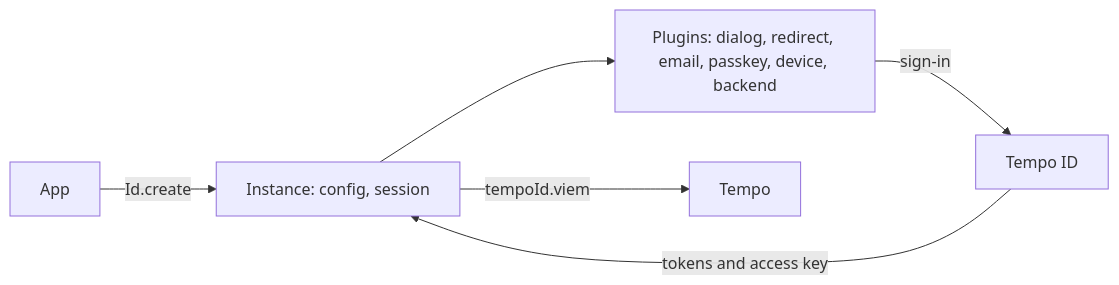
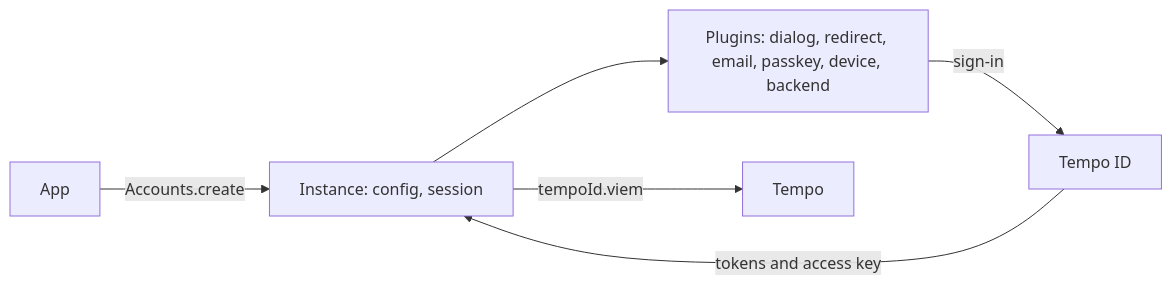
The diagram in docs/README.md (tempoxyz/accounts), drawn with Mermaid before and after one commit. The commit also changed other lines of this file and 144 other files, not shown here.

````diff
--- a/docs/README.md
+++ b/docs/README.md
@@ -5,8 +5,8 @@
 ```mermaid
 flowchart LR
-  App[App] -->|Id.create| Instance[Instance: config, session]
+  App[App] -->|Accounts.create| Instance[Instance: config, session]
   Instance --> Plugins[Plugins: dialog, redirect, email, passkey, device, backend]
   Plugins -->|sign-in| ID[Tempo ID]
   ID -->|tokens and access key| Instance
   Instance -->|tempoId.viem| Chain[Tempo]
 ```
````
